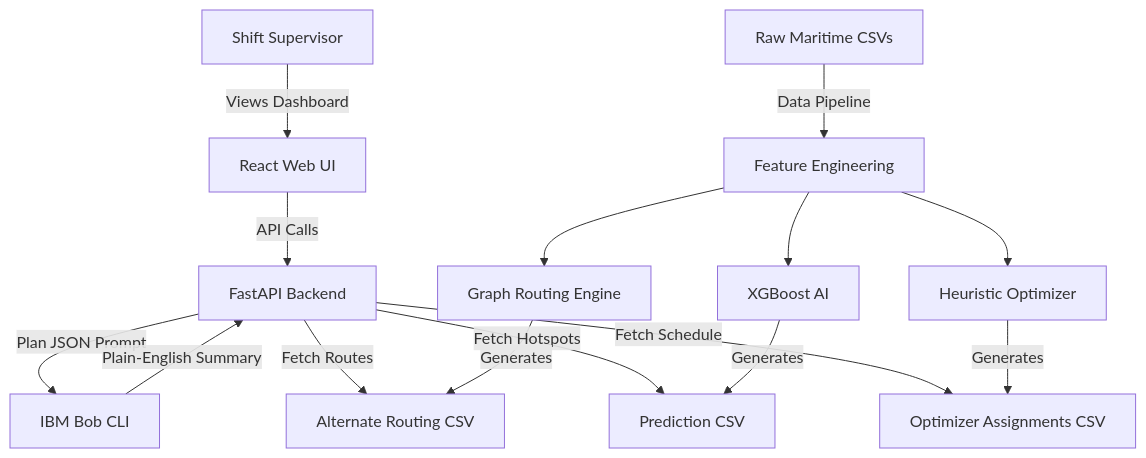
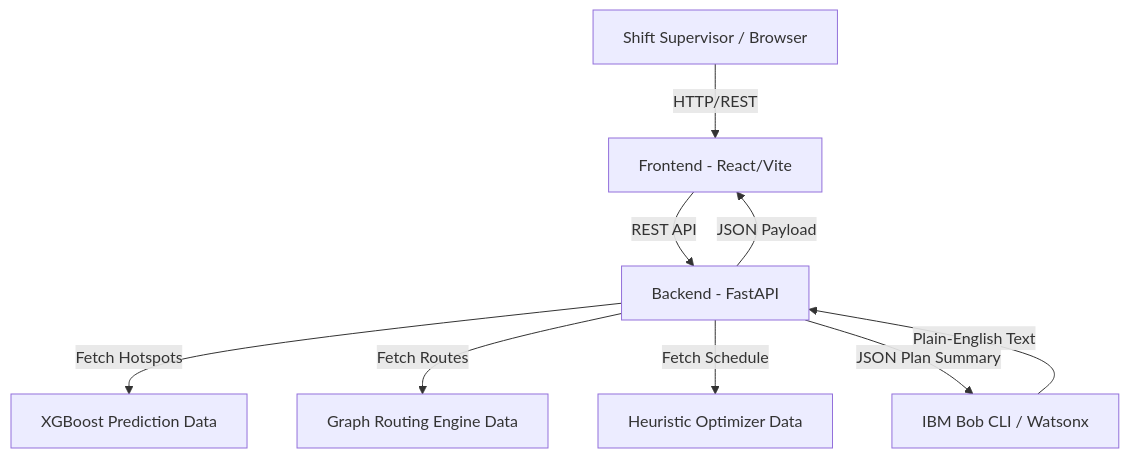
The diagram in docs/architecture.md (JINAY2910/bob-ai-hackathon-codingmafias), drawn with Mermaid before and after one commit. The commit also changed other lines of this file and 4 other files, not shown here.

````diff
--- a/docs/architecture.md
+++ b/docs/architecture.md
@@ -4,27 +7,17 @@
 ```mermaid
 graph TD
-    %% Users
-    A[Shift Supervisor] -->|Views Dashboard| B[React Web UI]
-
-    %% Frontend to Backend
-    B -->|API Calls| C[FastAPI Backend]
-
-    %% Backend to LLM
-    C -->|Plan JSON Prompt| D[IBM Bob CLI]
-    D -->|Plain-English Summary| C
-
-    %% Backend to Data Layer
-    C -->|Fetch Routes| E[Alternate Routing CSV]
-    C -->|Fetch Hotspots| F[Prediction CSV]
-    C -->|Fetch Schedule| G[Optimizer Assignments CSV]
-
-    %% Offline Processing Layer
-    H[Raw Maritime CSVs] -->|Data Pipeline| I[Feature Engineering]
-    I --> J[XGBoost AI]
-    I --> K[Heuristic Optimizer]
-    I --> L[Graph Routing Engine]
+    A[Shift Supervisor / Browser] -->|HTTP/REST| B[Frontend - React/Vite]
+    B -->|REST API| C[Backend - FastAPI]
     
-    J -->|Generates| F
-    K -->|Generates| G
-    L -->|Generates| E
+    %% Backend internal routing
+    C -->|Fetch Hotspots| D[XGBoost Prediction Data]
+    C -->|Fetch Routes| E[Graph Routing Engine Data]
+    C -->|Fetch Schedule| F[Heuristic Optimizer Data]
+    
+    %% LLM Integration
+    C -->|JSON Plan Summary| G[IBM Bob CLI / Watsonx]
+    G -->|Plain-English Text| C
+    
+    %% Final output
+    C -->|JSON Payload| B
 ```
````
